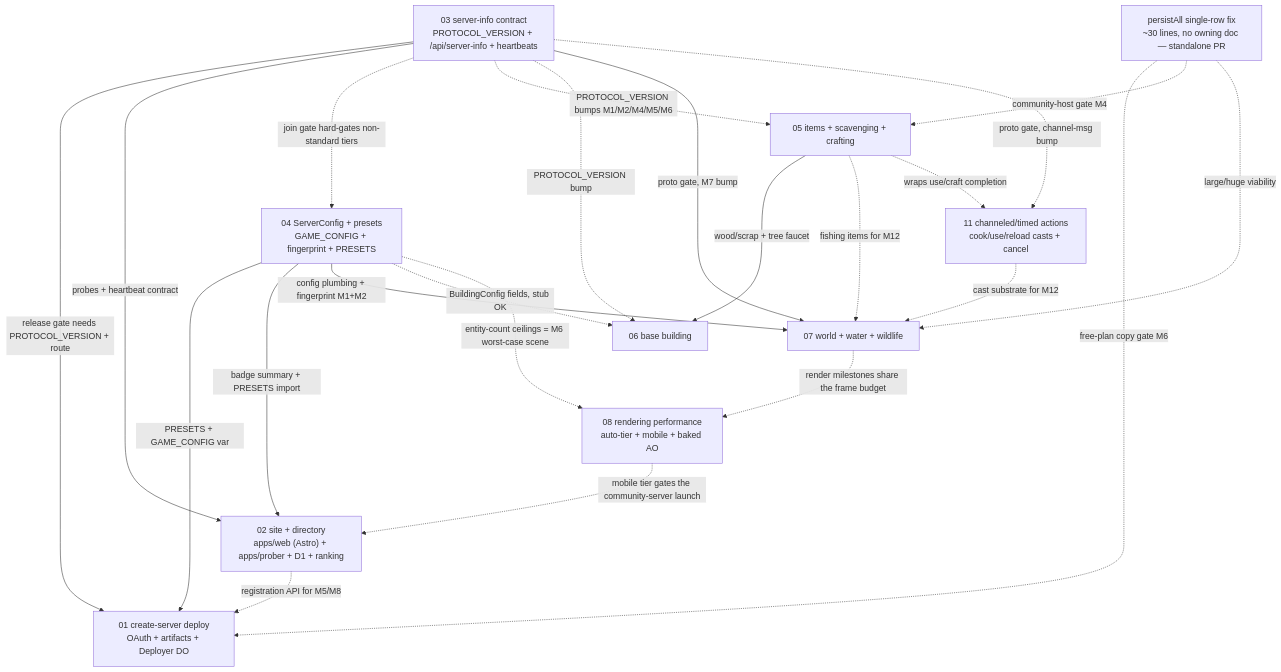
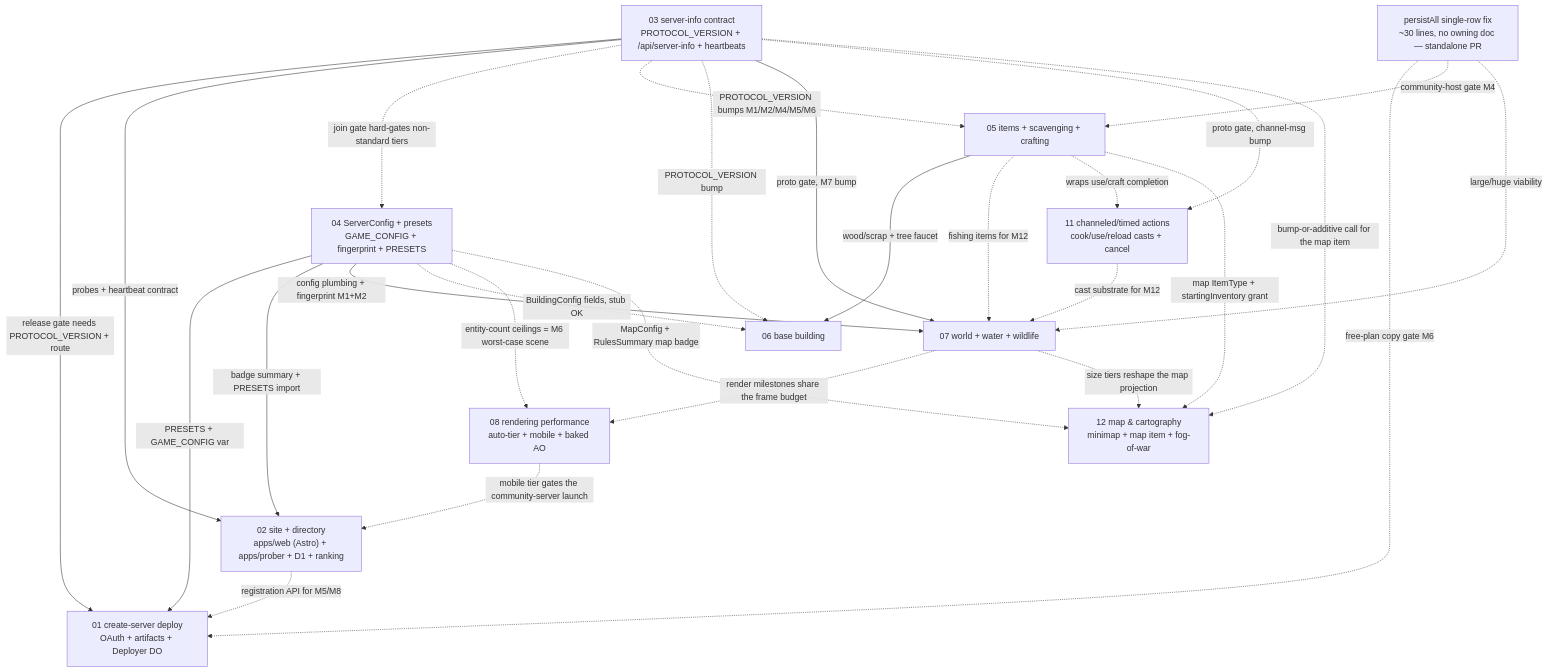
Before and after one commit to overra/worldspring: the diagram in docs/plans/README.md, drawn with Mermaid. The commit also changed other lines of this file and 1 other file, not shown here.

Commit message:
docs(plans): add doc 12 — map & cartography design
A top-down map drawn from the deterministic createWorld(seed) (a full map is
a pure client read — zero wire), a MapConfig server dial (minimap on/off, map
item spawn/loot/none, reveal full/explored), a map ItemType, and server-
authoritative + persisted fog-of-war (per-character ExploredGrid). Honest that
server fog can't hide static terrain (public seed). Cut into M1..M6; registered
in the roadmap index, vocabulary, and dependency graph.

````diff
--- a/docs/plans/README.md
+++ b/docs/plans/README.md
@@ -66,36 +68,41 @@
 ```mermaid
 graph TD
     P["persistAll single-row fix<br/>~30 lines, no owning doc — standalone PR"]
     D03["03 server-info contract<br/>PROTOCOL_VERSION + /api/server-info + heartbeats"]
     D04["04 ServerConfig + presets<br/>GAME_CONFIG + fingerprint + PRESETS"]
     D01["01 create-server deploy<br/>OAuth + artifacts + Deployer DO"]
     D02["02 site + directory<br/>apps/web (Astro) + apps/prober + D1 + ranking"]
     D05["05 items + scavenging + crafting"]
     D06["06 base building"]
     D07["07 world + water + wildlife"]
     D08["08 rendering performance<br/>auto-tier + mobile + baked AO"]
     D11["11 channeled/timed actions<br/>cook/use/reload casts + cancel"]
+    D12["12 map & cartography<br/>minimap + map item + fog-of-war"]
 
     D03 -->|release gate needs PROTOCOL_VERSION + route| D01
     D03 -->|probes + heartbeat contract| D02
     D04 -->|PRESETS + GAME_CONFIG var| D01
     D04 -->|badge summary + PRESETS import| D02
     D03 -.->|join gate hard-gates non-standard tiers| D04
     D03 -.->|PROTOCOL_VERSION bumps M1/M2/M4/M5/M6| D05
     D03 -.->|PROTOCOL_VERSION bump| D06
     D03 -->|proto gate, M7 bump| D07
     D04 -->|config plumbing + fingerprint M1+M2| D07
     D04 -.->|BuildingConfig fields, stub OK| D06
     D05 -->|wood/scrap + tree faucet| D06
     D05 -.->|fishing items for M12| D07
     D03 -.->|proto gate, channel-msg bump| D11
     D05 -.->|wraps use/craft completion| D11
     D11 -.->|cast substrate for M12| D07
     D02 -.->|registration API for M5/M8| D01
     P -.->|free-plan copy gate M6| D01
     P -.->|community-host gate M4| D05
     P -.->|large/huge viability| D07
     D04 -.->|entity-count ceilings = M6 worst-case scene| D08
     D07 -.->|render milestones share the frame budget| D08
     D08 -.->|mobile tier gates the community-server launch| D02
+    D04 -.->|MapConfig + RulesSummary map badge| D12
+    D05 -.->|map ItemType + startingInventory grant| D12
+    D03 -.->|bump-or-additive call for the map item| D12
+    D07 -.->|size tiers reshape the map projection| D12
 ```
````
